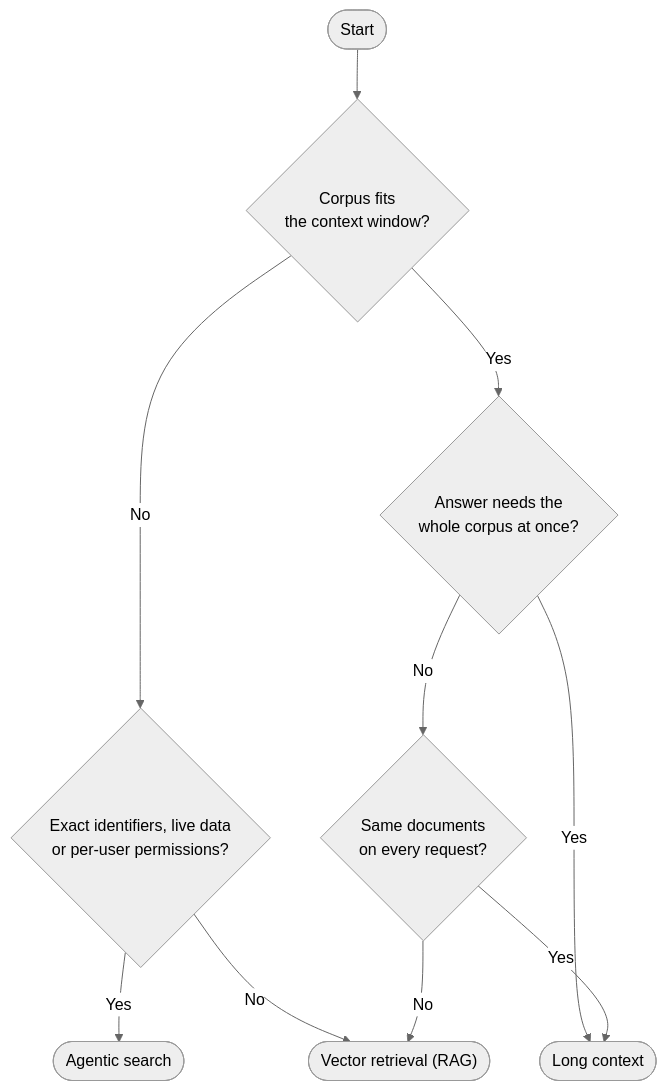
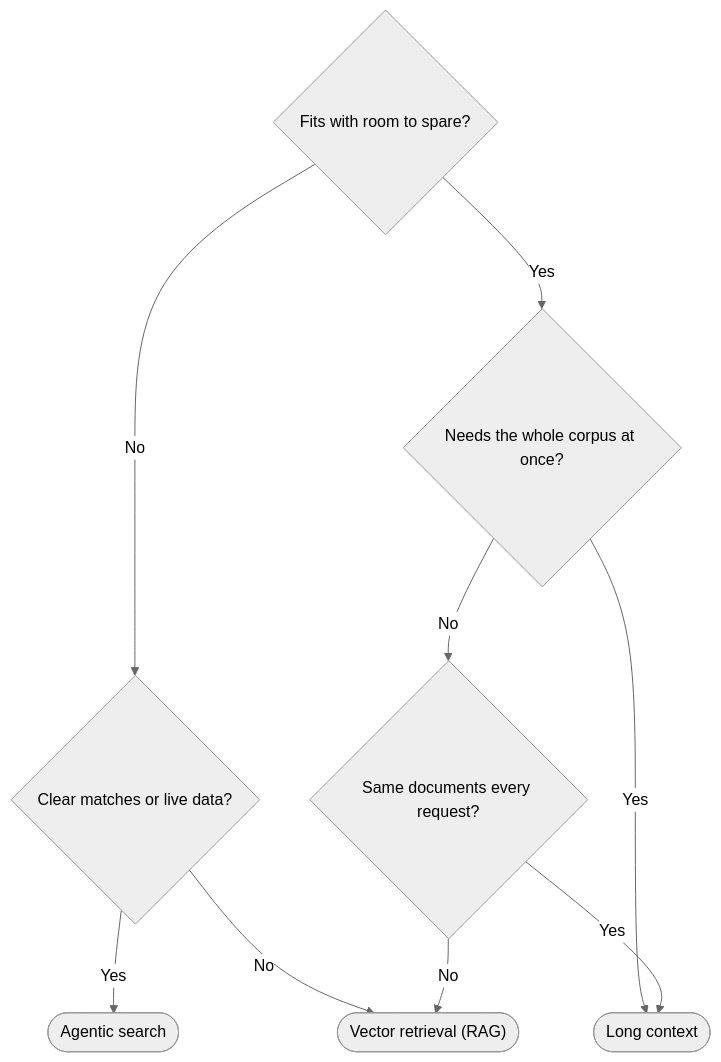
The diagram in public/uploads/rules/rag-vs-long-context/rule.mdx (SSWConsulting/SSW.Rules.Content), drawn with Mermaid (neutral theme) before and after one commit. The commit also changed other lines of this file, not shown here.

Commit message:
Fix the diagram: no start node, short labels, house-style figure caption
- Dropped the Start node - the first decision is the entry point.
- Removed the manual \n line breaks that were causing the odd wrapping and
  shortened every label instead, so the renderer has nothing to wrap.
- Added a "**Figure: ...**" caption line after the fence, which is how
  use-mermaid-diagrams captions its own diagram. A fenced block can't carry a
  real alt attribute the way imageEmbed can - the caption is the accessible
  text available in this pipeline.
- "Exact matches" -> "Clear matches" in the decision node.
- "Fits the context window?" -> "Fits with room to spare?", since merely fitting
  invites filling the window, which is what causes the middle-of-context sag.
  Table row follows: "Must fit with room to spare".

Claude-Session: https://claude.ai/code/session_017TKtfnFCLyedwvoogchRFy

````diff
--- a/public/uploads/rules/rag-vs-long-context/rule.mdx
+++ b/public/uploads/rules/rag-vs-long-context/rule.mdx
@@ -65,17 +65,14 @@
 ```mermaid
-flowchart
+flowchart TD
+    Fits{"Fits with room to spare?"} -->|"No"| Handles{"Clear matches or live data?"}
+    Fits -->|"Yes"| Global{"Needs the whole corpus at once?"}
 
- Start(["Start"]) --> Fits{"Corpus fits\nthe context window?"}
+    Handles -->|"Yes"| Agentic(["Agentic search"])
+    Handles -->|"No"| RAG(["Vector retrieval (RAG)"])
 
- Fits -->|"No"| Handles{"Exact identifiers, live data\nor per-user permissions?"}
- Fits -->|"Yes"| Global{"Answer needs the\nwhole corpus at once?"}
+    Global -->|"Yes"| LongContext(["Long context"])
+    Global -->|"No"| Repeats{"Same documents every request?"}
 
- Handles -->|"Yes"| Agentic(["Agentic search"])
- Handles -->|"No"| RAG(["Vector retrieval (RAG)"])
-
- Global -->|"Yes"| LongContext(["Long context"])
- Global -->|"No"| Repeats{"Same documents\non every request?"}
-
- Repeats -->|"Yes"| LongContext
- Repeats -->|"No"| RAG
+    Repeats -->|"Yes"| LongContext
+    Repeats -->|"No"| RAG
 ```
````
